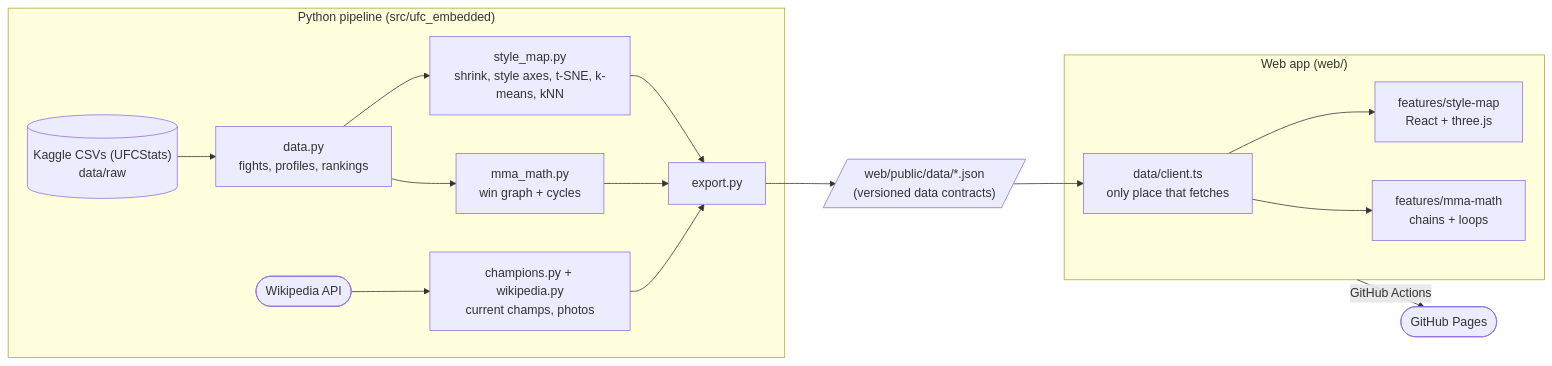
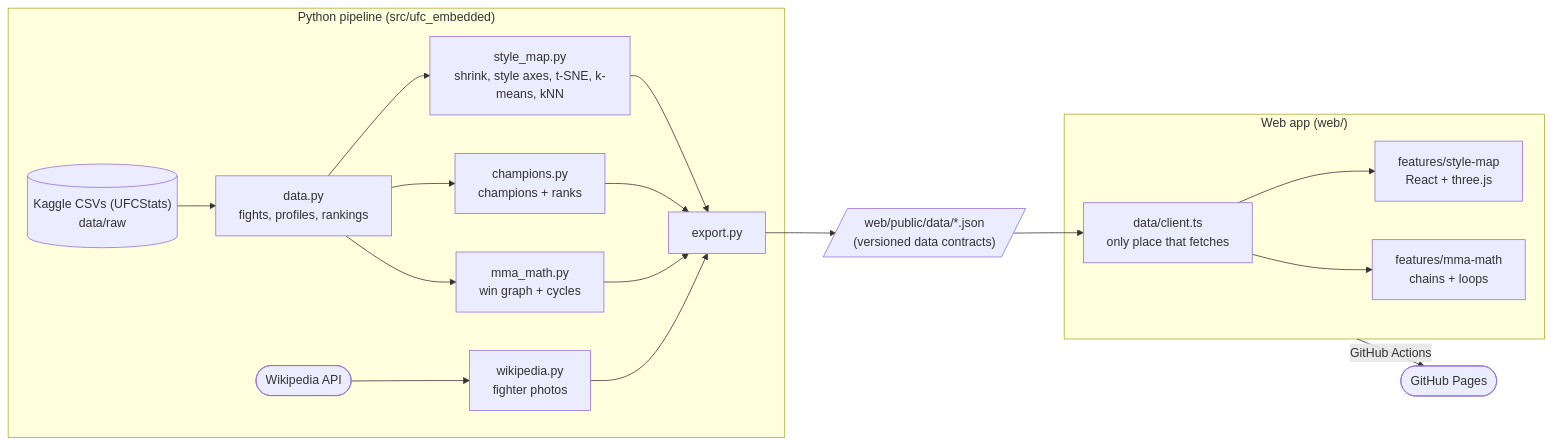
Before and after one commit to abbasly/ufc_embedded: the diagram in README.md, drawn with Mermaid. The commit also changed other lines of this file and 1 other file, not shown here.

````diff
--- a/README.md
+++ b/README.md
@@ -41,22 +58,24 @@
 ```mermaid
 flowchart LR
     subgraph py["Python pipeline (src/ufc_embedded)"]
         raw[("Kaggle CSVs (UFCStats)<br/>data/raw")] --> data["data.py<br/>fights, profiles, rankings"]
         data --> sm["style_map.py<br/>shrink, style axes, t-SNE, k-means, kNN"]
-        wiki(["Wikipedia API"]) --> champs["champions.py + wikipedia.py<br/>current champs, photos"]
+        data --> champs["champions.py<br/>champions + ranks"]
+        wiki(["Wikipedia API"]) --> photos["wikipedia.py<br/>fighter photos"]
         data --> mma["mma_math.py<br/>win graph + cycles"]
         sm --> export["export.py"]
         champs --> export
+        photos --> export
         mma --> export
     end
 
     export --> json[/"web/public/data/*.json<br/>(versioned data contracts)"/]
 
     subgraph web["Web app (web/)"]
         client["data/client.ts<br/>only place that fetches"] --> feat["features/style-map<br/>React + three.js"]
         client --> mmaui["features/mma-math<br/>chains + loops"]
     end
 
     json --> client
     web -->|"GitHub Actions"| pages(["GitHub Pages"])
 ```
````
